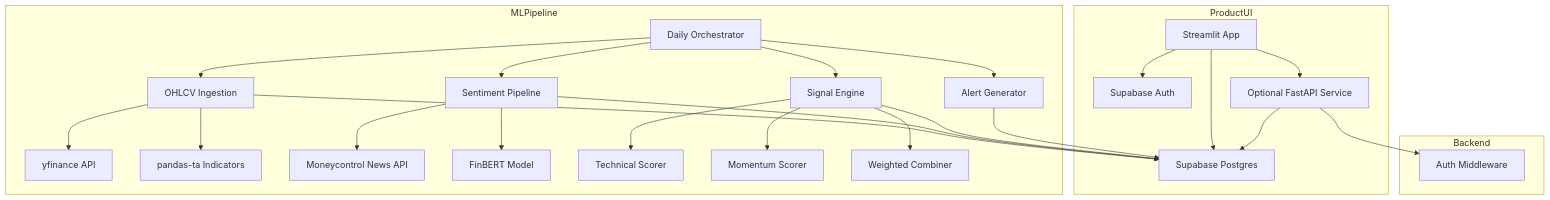
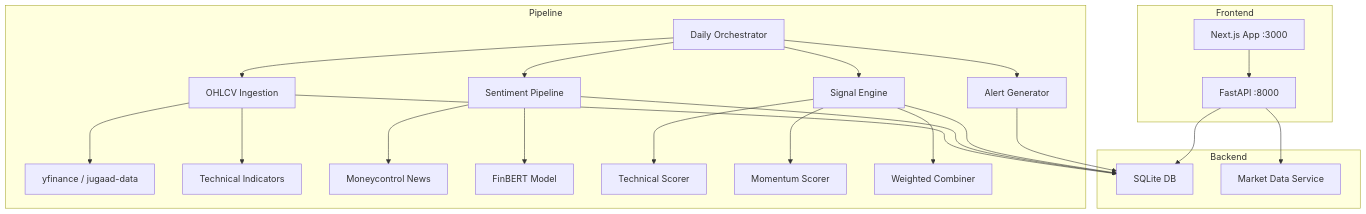
Before and after one commit to saiompatro/NiveshSutra: the diagram in docs/architecture.md, drawn with Mermaid. The commit also changed other lines of this file and 312 other files, not shown here.

````diff
--- a/docs/architecture.md
+++ b/docs/architecture.md
@@ -5,32 +5,30 @@
 ```mermaid
 graph TB
-    subgraph ProductUI
-        A[Streamlit App] --> B[Supabase Auth]
-        A --> D[Supabase Postgres]
-        A --> C[Optional FastAPI Service]
+    subgraph Frontend
+        A[Next.js App :3000] --> B[FastAPI Backend]
     end
 
     subgraph Backend
-        C --> D
-        C --> E[Auth Middleware]
+        B[FastAPI :8000] --> C[SQLite DB]
+        B --> D[Market Data Service]
     end
 
-    subgraph MLPipeline
-        F[Daily Orchestrator] --> G[OHLCV Ingestion]
-        F --> H[Sentiment Pipeline]
-        F --> I[Signal Engine]
-        F --> J[Alert Generator]
-        G --> K[yfinance API]
-        G --> L[pandas-ta Indicators]
-        H --> M[Moneycontrol News API]
-        H --> N[FinBERT Model]
-        I --> O[Technical Scorer]
-        I --> P[Momentum Scorer]
-        I --> Q[Weighted Combiner]
+    subgraph Pipeline
+        E[Daily Orchestrator] --> F[OHLCV Ingestion]
+        E --> G[Sentiment Pipeline]
+        E --> H[Signal Engine]
+        E --> I[Alert Generator]
+        F --> J[yfinance / jugaad-data]
+        F --> K[Technical Indicators]
+        G --> L[Moneycontrol News]
+        G --> M[FinBERT Model]
+        H --> N[Technical Scorer]
+        H --> O[Momentum Scorer]
+        H --> P[Weighted Combiner]
     end
 
-    G --> D
-    H --> D
-    I --> D
-    J --> D
+    F --> C
+    G --> C
+    H --> C
+    I --> C
 ```
````
